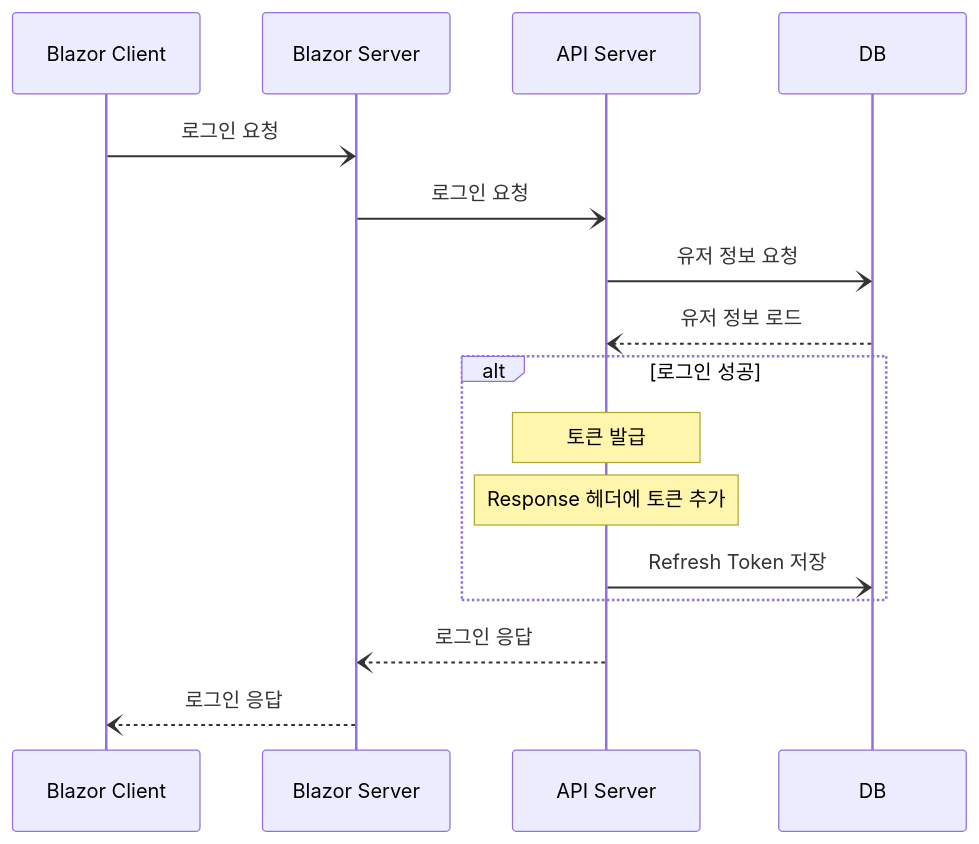
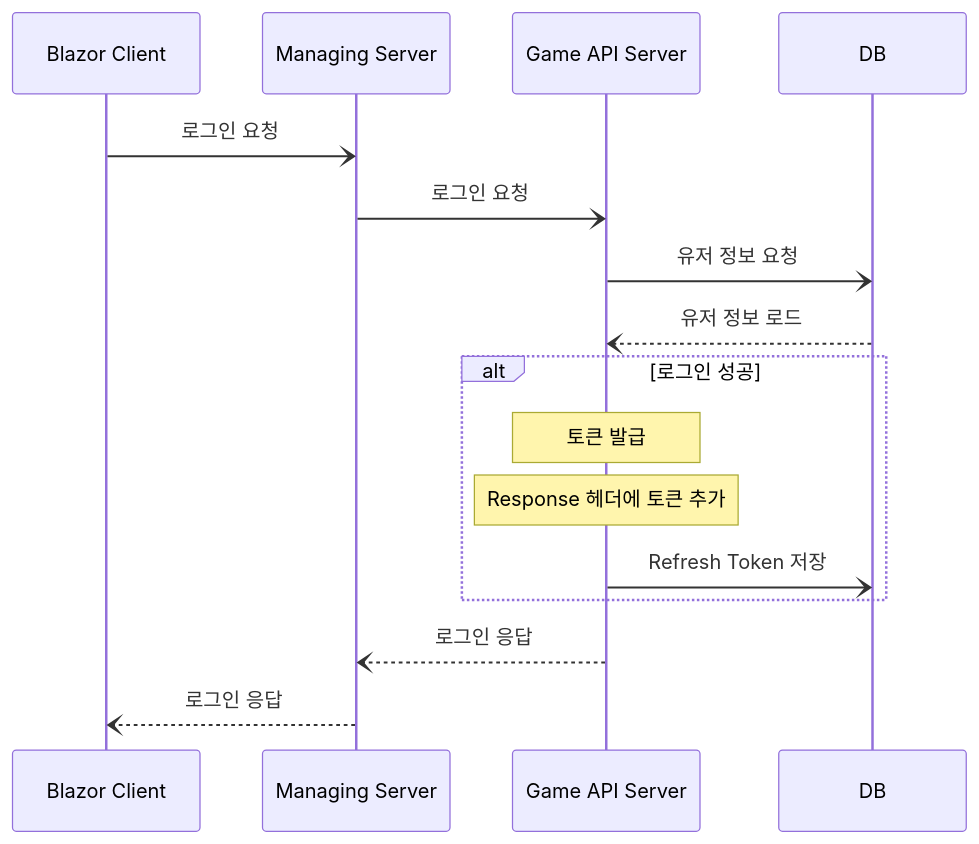
Before and after one commit to Dosoon/Blazor_Auth: the first of 2 diagrams in Blazor_Auth.md, drawn with Mermaid. The commit also changed other lines of this file and 13 other files, not shown here.

````diff
--- a/Blazor_Auth.md
+++ b/Blazor_Auth.md
@@ -174,18 +179,18 @@
 ```mermaid
 sequenceDiagram
 
-Blazor Client-)Blazor Server: 로그인 요청
-Blazor Server-)API Server: 로그인 요청
-API Server-)DB: 유저 정보 요청
-DB--)API Server: 유저 정보 로드
+Blazor Client-)Managing Server: 로그인 요청
+Managing Server-)Game API Server: 로그인 요청
+Game API Server-)DB: 유저 정보 요청
+DB--)Game API Server: 유저 정보 로드
 
 alt 로그인 성공
-Note over API Server : 토큰 발급
-Note over API Server : Response 헤더에 토큰 추가
-API Server-)DB: Refresh Token 저장
+Note over Game API Server : 토큰 발급
+Note over Game API Server : Response 헤더에 토큰 추가
+Game API Server-)DB: Refresh Token 저장
 end
 
-API Server--)Blazor Server: 로그인 응답
+Game API Server--)Managing Server: 로그인 응답
 
-Blazor Server--)Blazor Client: 로그인 응답
+Managing Server--)Blazor Client: 로그인 응답
 ```
````
